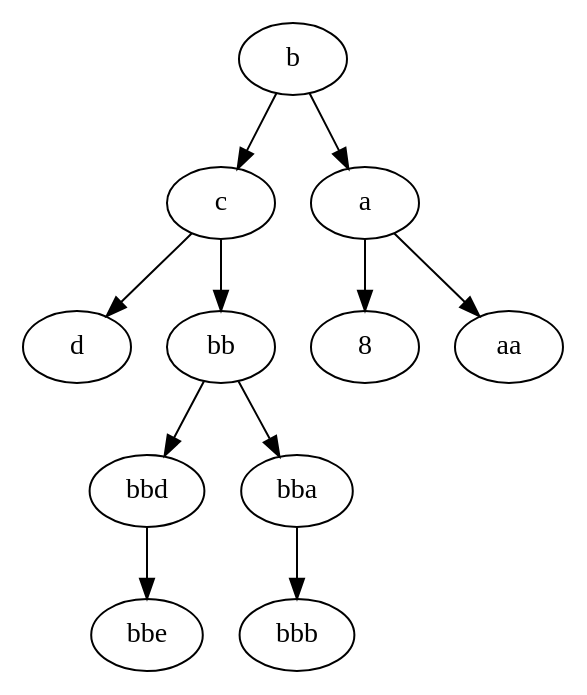
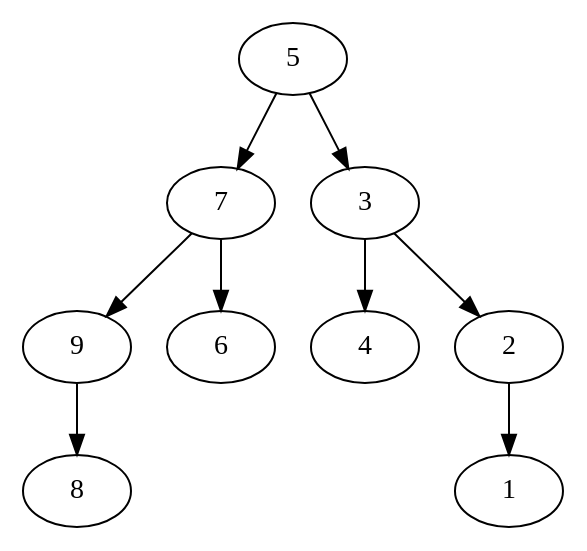
One commit to byubean/cs235 changed the diagram in master/Unit7-Trees/test.txt.dot. Above: the diagram before and after it, drawn with Graphviz. The commit also changed 19 other files, not shown here.

```diff
--- a/master/Unit7-Trees/test.txt.dot
+++ b/master/Unit7-Trees/test.txt.dot
@@ -1,23 +1,19 @@
 digraph {
-  nb [label="b" pos="4.0,4.0!"]
-  nc [label="c" pos="8.0,3.0!"]
-  nd [label="d" pos="10.0,2.0!"]
-  nbb [label="bb" pos="6.0,2.0!"]
-  nbbd [label="bbd" pos="7.0,1.0!"]
-  nbbe [label="bbe" pos="6.5,0.0!"]
-  nbba [label="bba" pos="5.0,1.0!"]
-  nbbb [label="bbb" pos="5.5,0.0!"]
-  na [label="a" pos="0.0,3.0!"]
-  n8 [label="8" pos="2.0,2.0!"]
-  naa [label="aa" pos="-2.0,2.0!"]
-  nb -> nc
-  nc -> nd
-  nc -> nbb
-  nbb -> nbbd
-  nbbd -> nbbe
-  nbb -> nbba
-  nbba -> nbbb
-  nb -> na
-  na -> n8
-  na -> naa
+  n5 [label="5" pos="2.0,3.0!"]
+  n7 [label="7" pos="4.0,2.0!"]
+  n9 [label="9" pos="5.0,1.0!"]
+  n8 [label="8" pos="4.5,0.0!"]
+  n6 [label="6" pos="3.0,1.0!"]
+  n3 [label="3" pos="0.0,2.0!"]
+  n4 [label="4" pos="1.0,1.0!"]
+  n2 [label="2" pos="-1.0,1.0!"]
+  n1 [label="1" pos="-1.5,0.0!"]
+  n5 -> n7
+  n7 -> n9
+  n9 -> n8
+  n7 -> n6
+  n5 -> n3
+  n3 -> n4
+  n3 -> n2
+  n2 -> n1
 }
```
